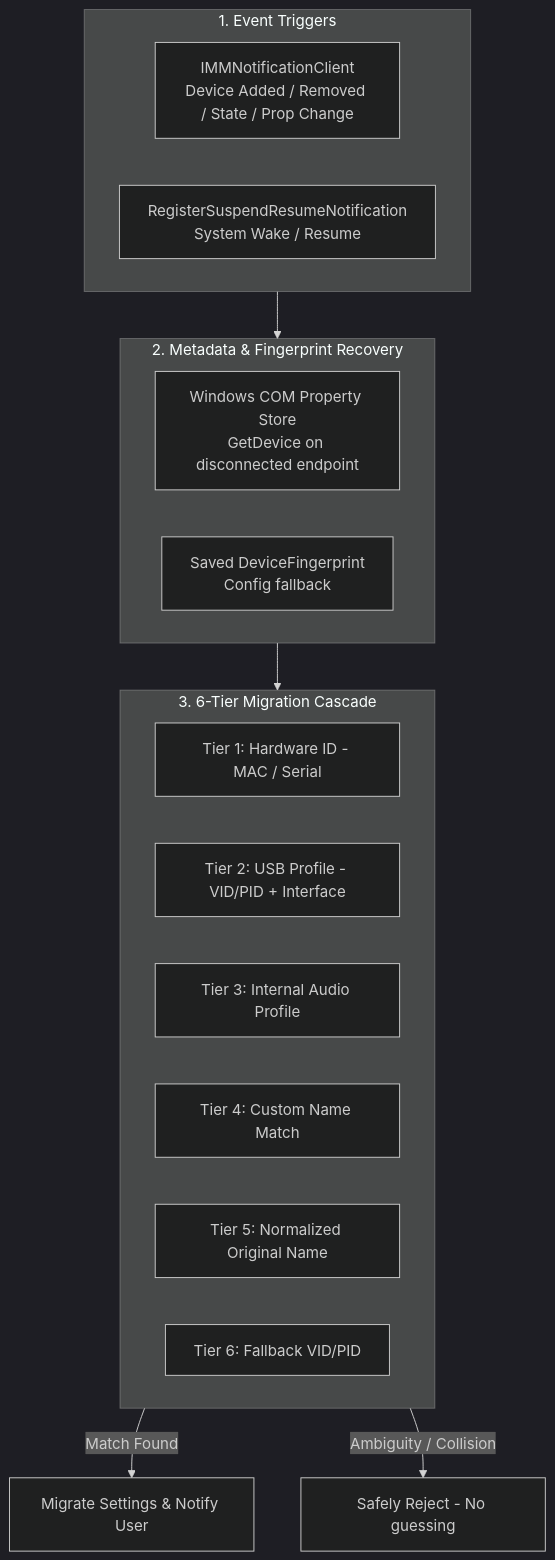
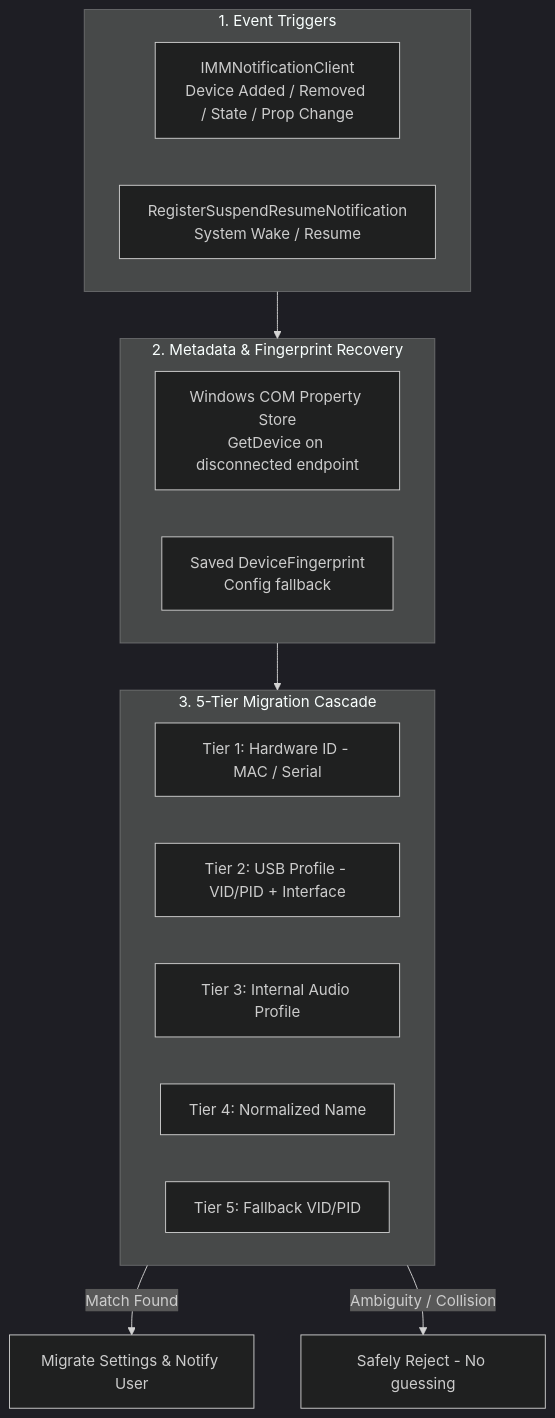
Before and after one commit to felipecrs/volume-locker: the second of 8 diagrams in docs/device-id-migration.md, drawn with Mermaid (dark theme). The commit also changed other lines of this file and 7 other files, not shown here.

````diff
--- a/docs/device-id-migration.md
+++ b/docs/device-id-migration.md
@@ -34,26 +34,25 @@
 ```mermaid
 graph TB
     subgraph Detection["1. Event Triggers"]
         IMM[IMMNotificationClient<br/>Device Added / Removed / State / Prop Change]
         PWR[RegisterSuspendResumeNotification<br/>System Wake / Resume]
     end
 
     subgraph Recovery["2. Metadata & Fingerprint Recovery"]
         STORE[Windows COM Property Store<br/>GetDevice on disconnected endpoint]
         CACHE[Saved DeviceFingerprint<br/>Config fallback]
     end
 
-    subgraph Matching["3. 6-Tier Migration Cascade"]
+    subgraph Matching["3. 5-Tier Migration Cascade"]
         T1[Tier 1: Hardware ID - MAC / Serial]
         T2[Tier 2: USB Profile - VID/PID + Interface]
         T3[Tier 3: Internal Audio Profile]
-        T4[Tier 4: Custom Name Match]
-        T5[Tier 5: Normalized Original Name]
-        T6[Tier 6: Fallback VID/PID]
+        T4[Tier 4: Normalized Name]
+        T5[Tier 5: Fallback VID/PID]
     end
 
     Detection --> Recovery
     Recovery --> Matching
     Matching -->|Match Found| APPLIED[Migrate Settings & Notify User]
     Matching -->|Ambiguity / Collision| REJECT[Safely Reject - No guessing]
 ```
````
